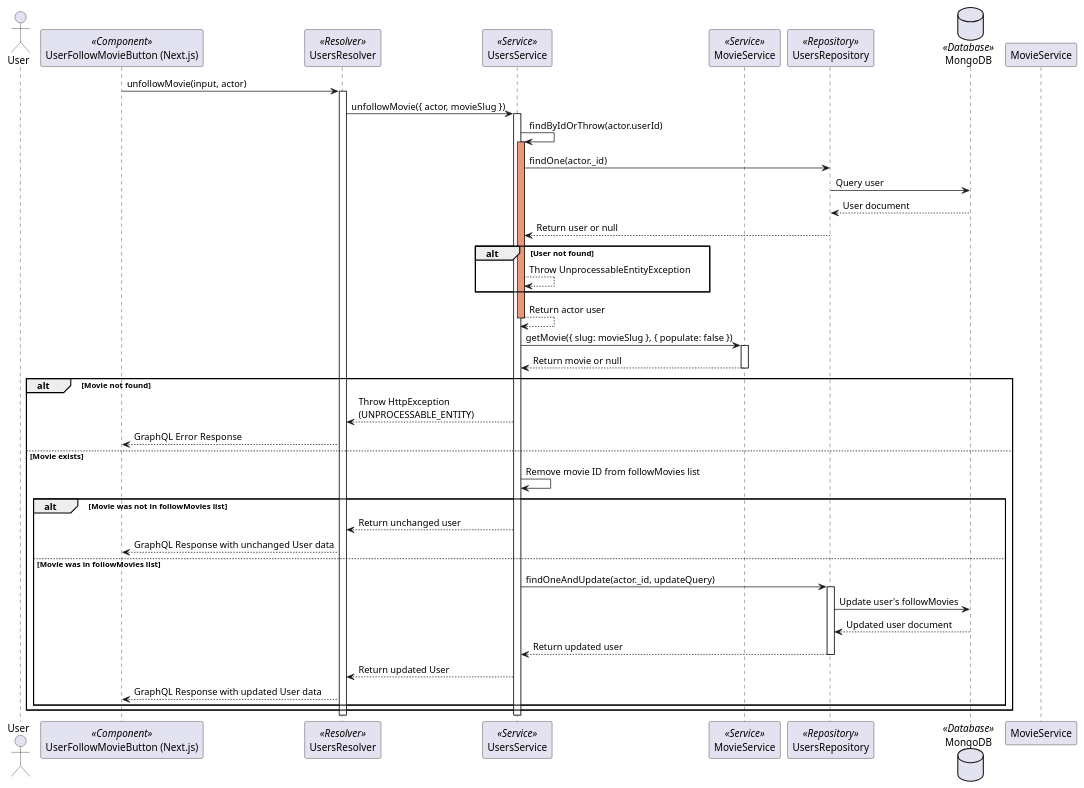
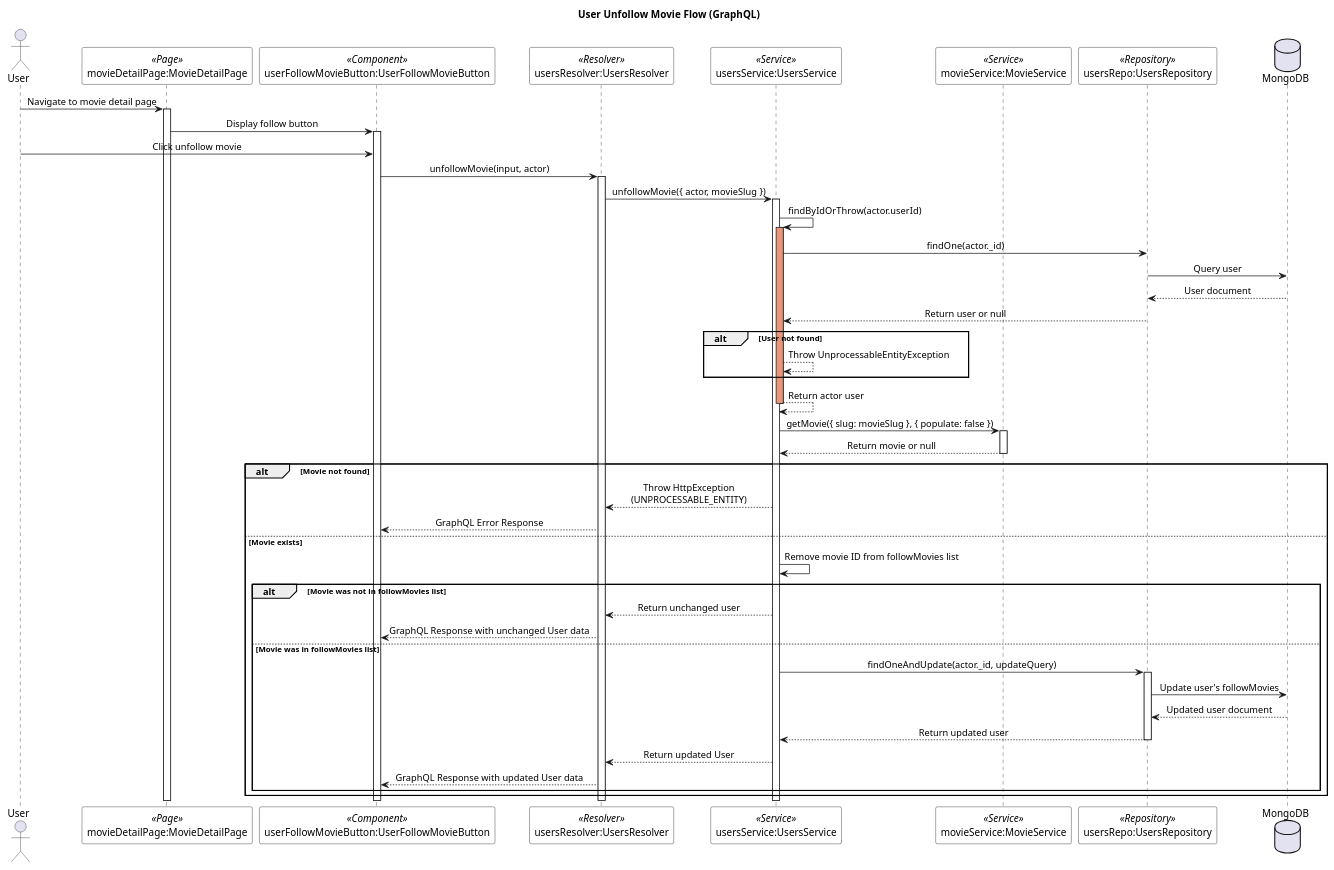
One commit to lehuygiang28/vphim changed the diagram in documents/diagram/sequences/users/user-unfollow-movie-flow.puml. Above: the diagram before and after it, drawn with PlantUML. The commit also changed 7 other files, not shown here.

First line of the commit message:
refactor(diagrams/sequences/users): 🛠️ update user flow diagrams for clarity and consistency

```diff
--- a/documents/diagram/sequences/users/user-unfollow-movie-flow.puml
+++ b/documents/diagram/sequences/users/user-unfollow-movie-flow.puml
@@ -1,64 +1,81 @@
 @startuml User Unfollow Movie Flow
 
+skinparam SequenceMessageAlignment center
+skinparam SequenceBoxBackgroundColor white
+skinparam SequenceBoxBorderColor black
+skinparam NoteBackgroundColor lightyellow
+skinparam NoteBorderColor black
+skinparam ParticipantBackgroundColor white
+skinparam ParticipantBorderColor black
+
+title User Unfollow Movie Flow (GraphQL)
+
 actor "User" as user
-participant "UserFollowMovieButton (Next.js)" as userFollowMovieButton <<Component>>
-participant "UsersResolver" as usersResolver <<Resolver>>
-participant "UsersService" as usersService <<Service>>
-participant "MovieService" as movieService <<Service>>
-participant "UsersRepository" as usersRepository <<Repository>>
-database "MongoDB" as mongoDB <<Database>>
+participant "movieDetailPage:MovieDetailPage" as movieDetailPage <<Page>>
+participant "userFollowMovieButton:UserFollowMovieButton" as userFollowMovieButton <<Component>>
+participant "usersResolver:UsersResolver" as usersResolver <<Resolver>>
+participant "usersService:UsersService" as usersService <<Service>>
+participant "movieService:MovieService" as movieService <<Service>>
+participant "usersRepo:UsersRepository" as usersRepo <<Repository>>
+database "MongoDB" as mongoDB
 
+user -> movieDetailPage : Navigate to movie detail page
+activate movieDetailPage
 
-participant "MovieService" as MovieService
+movieDetailPage -> userFollowMovieButton : Display follow button
+activate userFollowMovieButton
 
+user -> userFollowMovieButton : Click unfollow movie
 
-
-userFollowMovieButton -> usersResolver: unfollowMovie(input, actor)
+userFollowMovieButton -> usersResolver : unfollowMovie(input, actor)
 activate usersResolver
 
-usersResolver -> usersService: unfollowMovie({ actor, movieSlug })
+usersResolver -> usersService : unfollowMovie({ actor, movieSlug })
 activate usersService
 
-usersService -> usersService: findByIdOrThrow(actor.userId)
+usersService -> usersService : findByIdOrThrow(actor.userId)
 activate usersService #DarkSalmon
-usersService -> usersRepository: findOne(actor._id)
-usersRepository -> mongoDB: Query user
-mongoDB --> usersRepository: User document
-usersRepository --> usersService: Return user or null
+usersService -> usersRepo : findOne(actor._id)
+usersRepo -> mongoDB : Query user
+mongoDB --> usersRepo : User document
+usersRepo --> usersService : Return user or null
 alt User not found
-    usersService --> usersService: Throw UnprocessableEntityException
+    usersService --> usersService : Throw UnprocessableEntityException
 end
-usersService --> usersService: Return actor user
+usersService --> usersService : Return actor user
 deactivate usersService
 
-usersService -> movieService: getMovie({ slug: movieSlug }, { populate: false })
+usersService -> movieService : getMovie({ slug: movieSlug }, { populate: false })
 activate movieService
-movieService --> usersService: Return movie or null
+movieService --> usersService : Return movie or null
 deactivate movieService
 
 alt Movie not found
-    usersService --> usersResolver: Throw HttpException\n(UNPROCESSABLE_ENTITY)
-    usersResolver --> userFollowMovieButton: GraphQL Error Response
+    usersService --> usersResolver : Throw HttpException\n(UNPROCESSABLE_ENTITY)
+    usersResolver --> userFollowMovieButton : GraphQL Error Response
 else Movie exists
-    usersService -> usersService: Remove movie ID from followMovies list
+    usersService -> usersService : Remove movie ID from followMovies list
 
     alt Movie was not in followMovies list
-        usersService --> usersResolver: Return unchanged user
-        usersResolver --> userFollowMovieButton: GraphQL Response with unchanged User data
+        usersService --> usersResolver : Return unchanged user
+        usersResolver --> userFollowMovieButton : GraphQL Response with unchanged User data
     else Movie was in followMovies list
-        usersService -> usersRepository: findOneAndUpdate(actor._id, updateQuery)
-        activate usersRepository
-        usersRepository -> mongoDB: Update user's followMovies
-        mongoDB --> usersRepository: Updated user document
-        usersRepository --> usersService: Return updated user
-        deactivate usersRepository
+        usersService -> usersRepo : findOneAndUpdate(actor._id, updateQuery)
+        activate usersRepo
+        usersRepo -> mongoDB : Update user's followMovies
+        mongoDB --> usersRepo : Updated user document
+        usersRepo --> usersService : Return updated user
+        deactivate usersRepo
 
-        usersService --> usersResolver: Return updated User
-        usersResolver --> userFollowMovieButton: GraphQL Response with updated User data
+        usersService --> usersResolver : Return updated User
+        usersResolver --> userFollowMovieButton : GraphQL Response with updated User data
     end
 end
 
 deactivate usersService
 deactivate usersResolver
 
+deactivate userFollowMovieButton
+deactivate movieDetailPage
+
 @enduml
```
